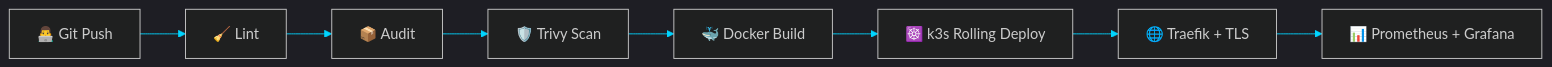
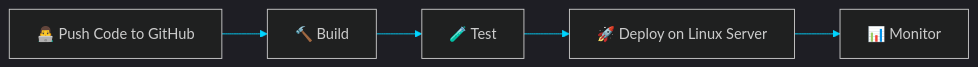
One commit to Priyanshu-2545/Priyanshu-2545 changed the first of 2 diagrams in README.md. Above: the diagram before and after it, drawn with Mermaid. The commit also changed other lines of this file, not shown here.

````diff
--- a/README.md
+++ b/README.md
@@ -287,18 +285,15 @@
 ```mermaid
 %%{init: {'theme':'dark', 'themeVariables': {
   'primaryColor':'#302b63',
   'primaryTextColor':'#ffffff',
   'primaryBorderColor':'#00d4ff',
   'lineColor':'#00d4ff',
   'secondaryColor':'#24243e',
   'tertiaryColor':'#0f0c29'
 }}}%%
 flowchart LR
-    A[👨‍💻 Git Push] --> B[🧹 Lint]
-    B --> C[📦 Audit]
-    C --> D[🛡️ Trivy Scan]
-    D --> E[🐳 Docker Build]
-    E --> F[☸️ k3s Rolling Deploy]
-    F --> G[🌐 Traefik + TLS]
-    G --> H[📊 Prometheus + Grafana]
+    A[👨‍💻 Push Code to GitHub] --> B[🔨 Build]
+    B --> C[🧪 Test]
+    C --> D[🚀 Deploy on Linux Server]
+    D --> E[📊 Monitor]
 ```
````
